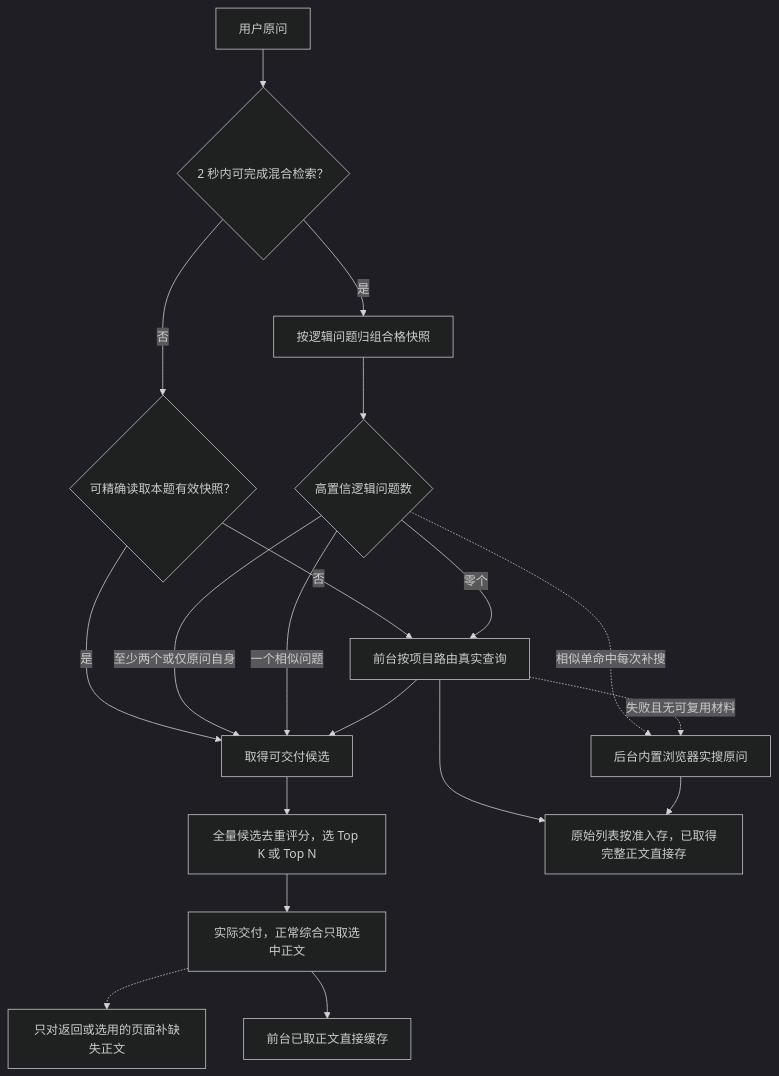
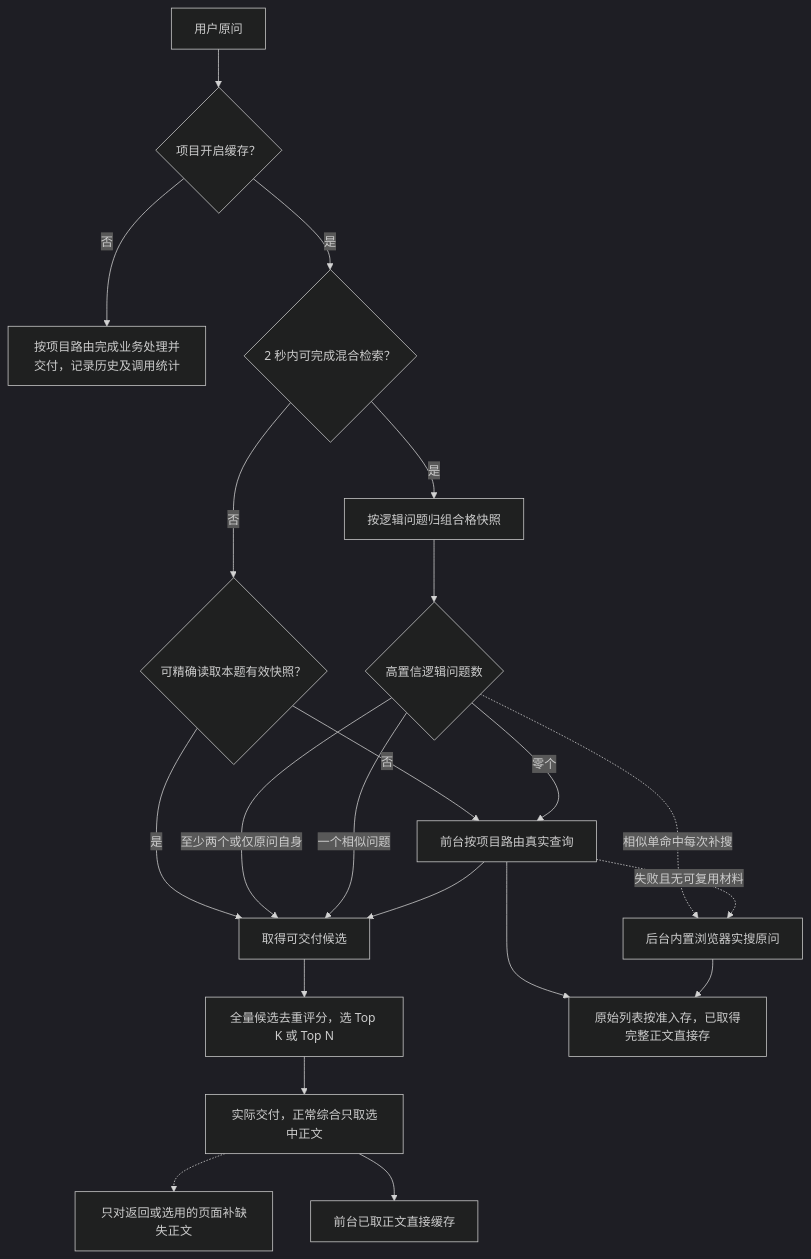
One commit to Minecodex/OpenAgentSearch changed the first of 2 diagrams in docs/plan2/README.md. Above: the diagram before and after it, drawn with Mermaid (dark theme). The commit also changed other lines of this file and 155 other files, not shown here.

````diff
--- a/docs/plan2/README.md
+++ b/docs/plan2/README.md
@@ -53,21 +71,23 @@
 ```mermaid
 flowchart TD
-    Q["用户原问"] --> I{"2 秒内可完成混合检索？"}
+    Q["用户原问"] --> CS{"项目开启缓存？"}
+    CS -->|否| OFF["按项目路由完成业务处理并交付，记录历史及调用统计"]
+    CS -->|是| I{"2 秒内可完成混合检索？"}
     I -->|是| N["按逻辑问题归组合格快照"]
     I -->|否| E{"可精确读取本题有效快照？"}
     E -->|是| C["取得可交付候选"]
     E -->|否| F["前台按项目路由真实查询"]
     N --> H{"高置信逻辑问题数"}
     H -->|至少两个或仅原问自身| C
     H -->|一个相似问题| C
     H -.->|相似单命中每次补搜| B["后台内置浏览器实搜原问"]
     H -->|零个| F
     F --> C
     C --> D["全量候选去重评分，选 Top K 或 Top N"]
     D --> Y["实际交付，正常综合只取选中正文"]
     Y -.-> P["只对返回或选用的页面补缺失正文"]
     F --> R["原始列表按准入存，已取得完整正文直接存"]
     Y --> W["前台已取正文直接缓存"]
     B --> R
     F -.->|失败且无可复用材料| B
 ```
````
